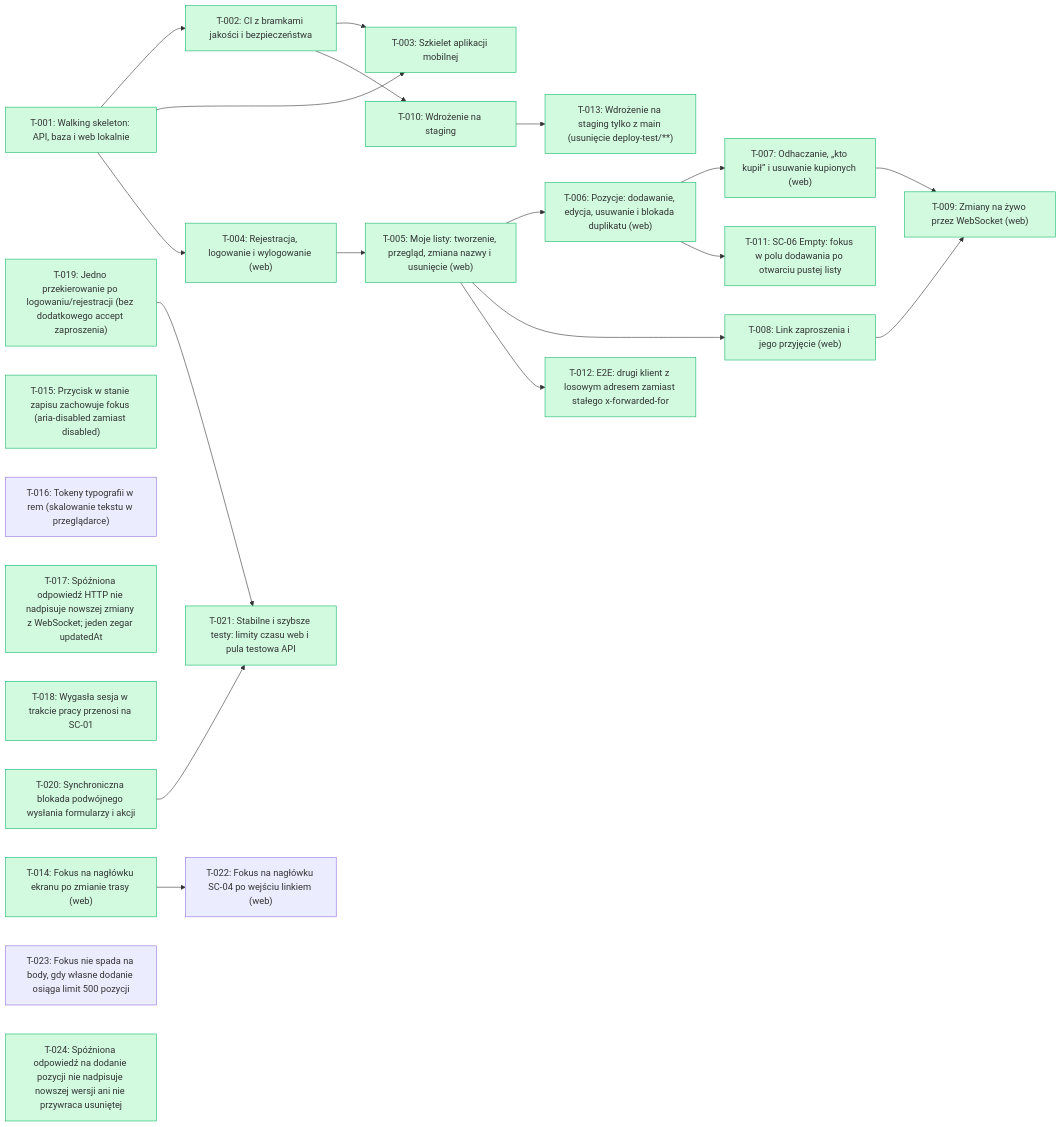
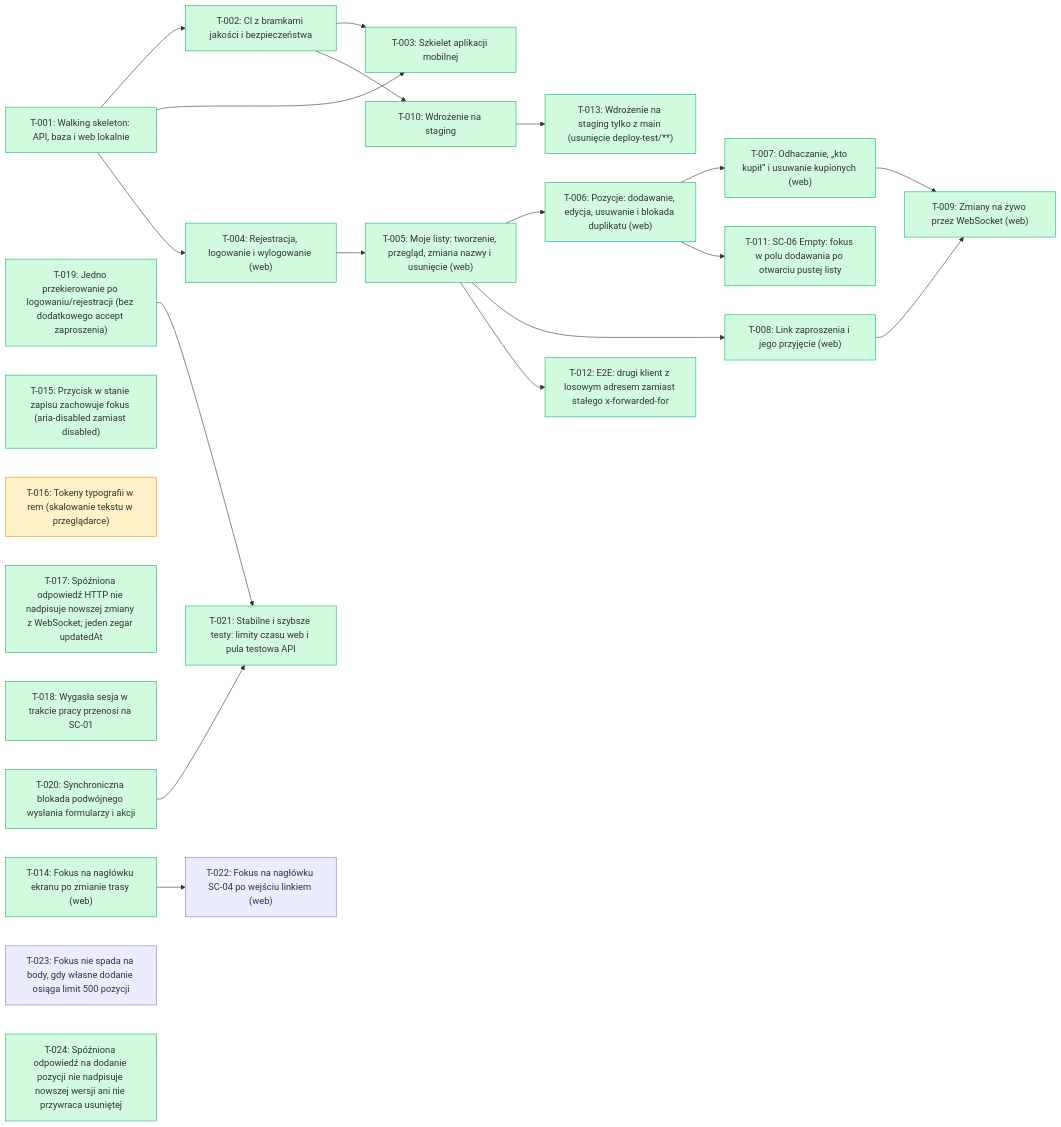
One commit to tombraz/lista-zakupow changed the diagram in docs/backlog/index.md. Above: the diagram before and after it, drawn with Mermaid. The commit also changed other lines of this file and 1 other file, not shown here.

````diff
--- a/docs/backlog/index.md
+++ b/docs/backlog/index.md
@@ -19,48 +18,48 @@
 ```mermaid
 flowchart LR
   T_001["T-001: Walking skeleton: API, baza i web lokalnie"]:::done
   T_002["T-002: CI z bramkami jakości i bezpieczeństwa"]:::done
   T_003["T-003: Szkielet aplikacji mobilnej"]:::done
   T_004["T-004: Rejestracja, logowanie i wylogowanie (web)"]:::done
   T_005["T-005: Moje listy: tworzenie, przegląd, zmiana nazwy i usunięcie (web)"]:::done
   T_006["T-006: Pozycje: dodawanie, edycja, usuwanie i blokada duplikatu (web)"]:::done
   T_007["T-007: Odhaczanie, „kto kupił” i usuwanie kupionych (web)"]:::done
   T_008["T-008: Link zaproszenia i jego przyjęcie (web)"]:::done
   T_009["T-009: Zmiany na żywo przez WebSocket (web)"]:::done
   T_010["T-010: Wdrożenie na staging"]:::done
   T_011["T-011: SC-06 Empty: fokus w polu dodawania po otwarciu pustej listy"]:::done
   T_012["T-012: E2E: drugi klient z losowym adresem zamiast stałego x-forwarded-for"]:::done
   T_013["T-013: Wdrożenie na staging tylko z main (usunięcie deploy-test/**)"]:::done
   T_014["T-014: Fokus na nagłówku ekranu po zmianie trasy (web)"]:::done
   T_015["T-015: Przycisk w stanie zapisu zachowuje fokus (aria-disabled zamiast disabled)"]:::done
-  T_016["T-016: Tokeny typografii w rem (skalowanie tekstu w przeglądarce)"]
+  T_016["T-016: Tokeny typografii w rem (skalowanie tekstu w przeglądarce)"]:::wip
   T_017["T-017: Spóźniona odpowiedź HTTP nie nadpisuje nowszej zmiany z WebSocket; jeden zegar updatedAt"]:::done
   T_018["T-018: Wygasła sesja w trakcie pracy przenosi na SC-01"]:::done
   T_019["T-019: Jedno przekierowanie po logowaniu/rejestracji (bez dodatkowego accept zaproszenia)"]:::done
   T_020["T-020: Synchroniczna blokada podwójnego wysłania formularzy i akcji"]:::done
   T_021["T-021: Stabilne i szybsze testy: limity czasu web i pula testowa API"]:::done
   T_022["T-022: Fokus na nagłówku SC-04 po wejściu linkiem (web)"]
   T_023["T-023: Fokus nie spada na body, gdy własne dodanie osiąga limit 500 pozycji"]
   T_024["T-024: Spóźniona odpowiedź na dodanie pozycji nie nadpisuje nowszej wersji ani nie przywraca usuniętej"]:::done
   T_001 --> T_002
   T_001 --> T_003
   T_002 --> T_003
   T_001 --> T_004
   T_004 --> T_005
   T_005 --> T_006
   T_006 --> T_007
   T_005 --> T_008
   T_007 --> T_009
   T_008 --> T_009
   T_002 --> T_010
   T_006 --> T_011
   T_005 --> T_012
   T_010 --> T_013
   T_019 --> T_021
   T_020 --> T_021
   T_014 --> T_022
   classDef done fill:#d1fadf,stroke:#12b76a
   classDef wip fill:#fef0c7,stroke:#f79009
   classDef qa fill:#e0eaff,stroke:#2970ff
   classDef blocked fill:#fee4e2,stroke:#f04438
 ```
````
